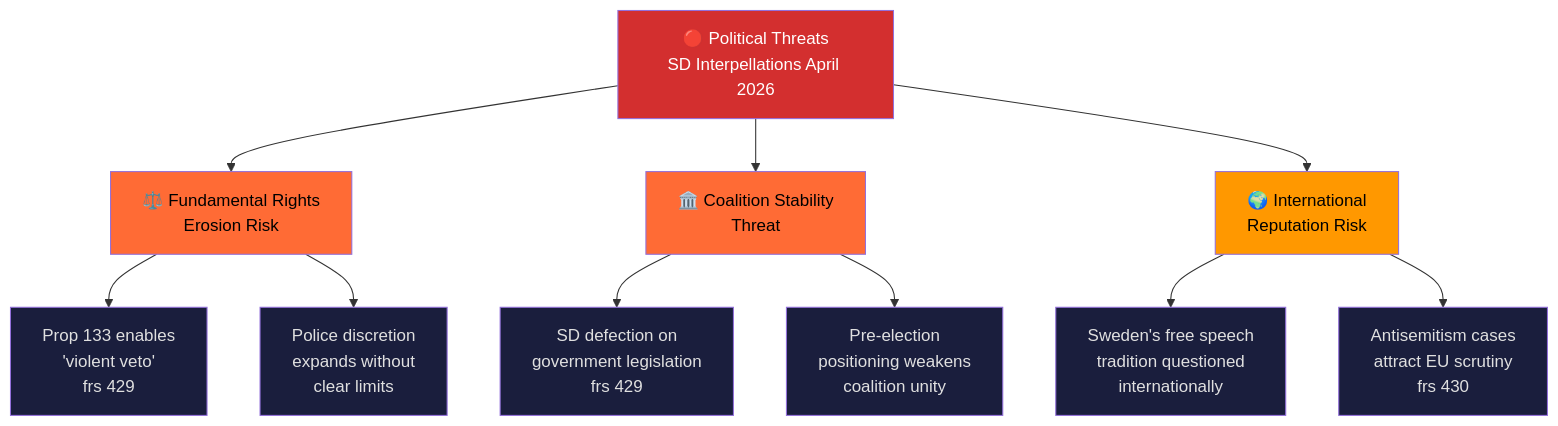
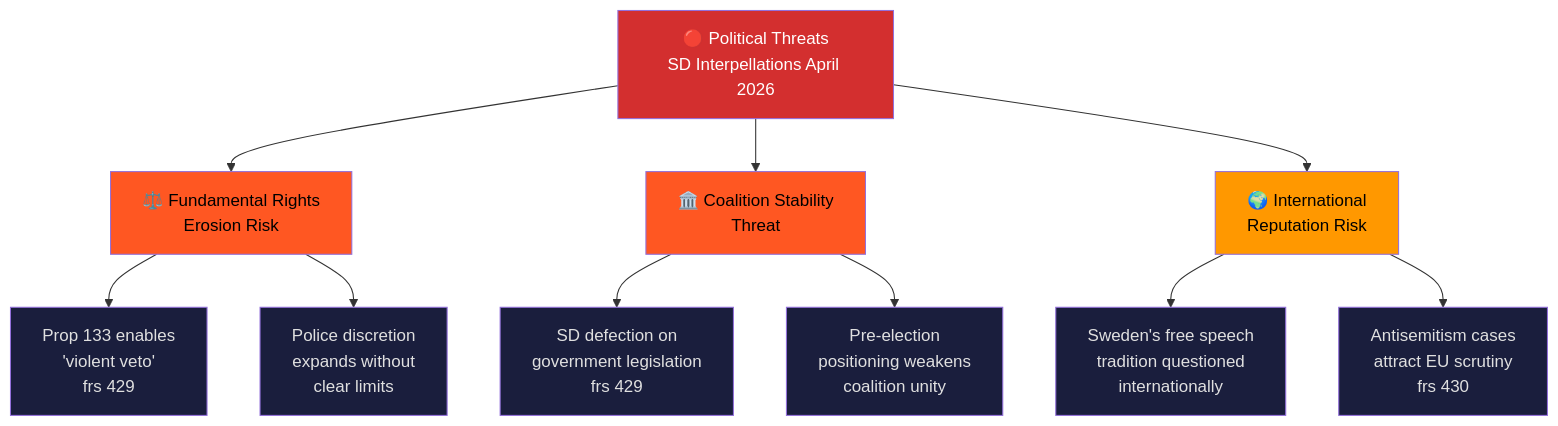
The diagram in analysis/daily/2026-04-09/interpellations/threat-analysis.md (Hack23/riksdagsmonitor), drawn with Mermaid before and after one commit. The commit also changed 121 other files, not shown here.

````diff
--- a/analysis/daily/2026-04-09/interpellations/threat-analysis.md
+++ b/analysis/daily/2026-04-09/interpellations/threat-analysis.md
@@ -15,26 +15,26 @@
 ```mermaid
 graph TD
     ROOT["🔴 Political Threats<br/>SD Interpellations April 2026"] --> T1["⚖️ Fundamental Rights<br/>Erosion Risk"]
     ROOT --> T2["🏛️ Coalition Stability<br/>Threat"]
     ROOT --> T3["🌍 International<br/>Reputation Risk"]
     
     T1 --> T1A["Prop 133 enables<br/>'violent veto'<br/>frs 429"]
     T1 --> T1B["Police discretion<br/>expands without<br/>clear limits"]
     
     T2 --> T2A["SD defection on<br/>government legislation<br/>frs 429"]
     T2 --> T2B["Pre-election<br/>positioning weakens<br/>coalition unity"]
     
     T3 --> T3A["Sweden's free speech<br/>tradition questioned<br/>internationally"]
     T3 --> T3B["Antisemitism cases<br/>attract EU scrutiny<br/>frs 430"]
     
     style ROOT fill:#D32F2F,color:#FFFFFF
-    style T1 fill:#FF6B35,color:#000000
-    style T2 fill:#FF6B35,color:#000000
+    style T1 fill:#FF5722,color:#000000
+    style T2 fill:#FF5722,color:#000000
     style T3 fill:#FF9800,color:#000000
     style T1A fill:#1a1e3d,color:#e0e0e0
     style T1B fill:#1a1e3d,color:#e0e0e0
     style T2A fill:#1a1e3d,color:#e0e0e0
     style T2B fill:#1a1e3d,color:#e0e0e0
     style T3A fill:#1a1e3d,color:#e0e0e0
     style T3B fill:#1a1e3d,color:#e0e0e0
 ```
````
